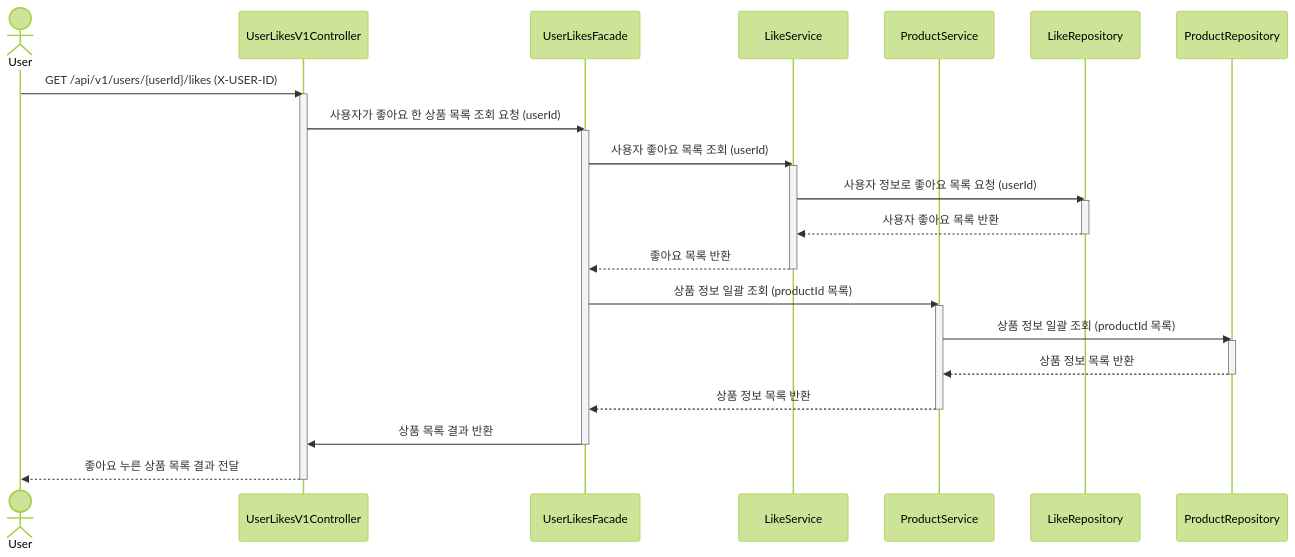
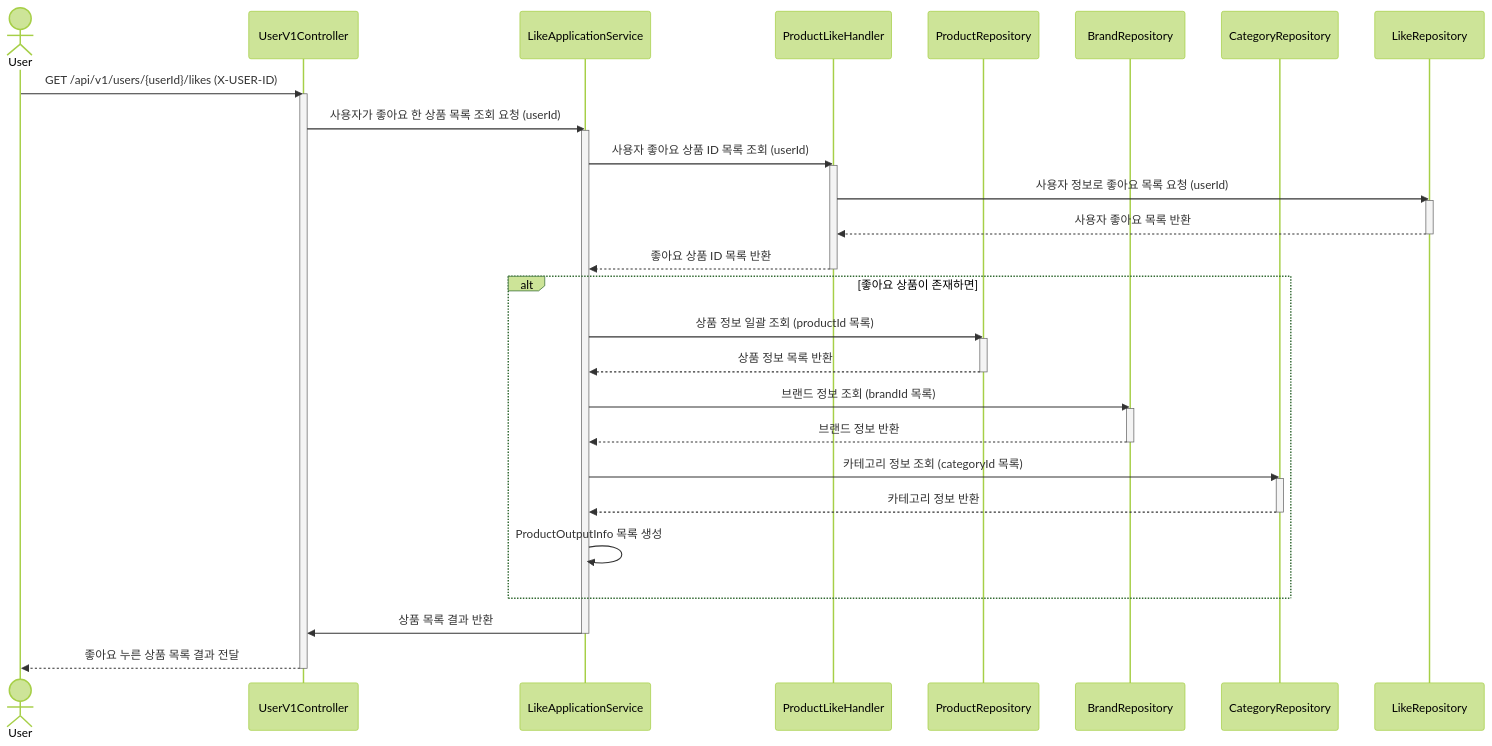
One commit to maiorem/e-commerce changed the second of 5 diagrams in docs/design/02-sequence-diagrams.md. Above: the diagram before and after it, drawn with Mermaid (forest theme). The commit also changed other lines of this file and 77 other files, not shown here.

````diff
--- a/docs/design/02-sequence-diagrams.md
+++ b/docs/design/02-sequence-diagrams.md
@@ -88,35 +67,48 @@
 ```mermaid
 sequenceDiagram
-    actor  User
-    participant UserLikesV1Controller
-    participant UserLikesFacade
-    participant LikeService
-    participant ProductService
+    actor User
+    participant UserV1Controller
+    participant LikeApplicationService
+    participant ProductLikeHandler
+    participant ProductRepository
+    participant BrandRepository
+    participant CategoryRepository
     participant LikeRepository
-    participant ProductRepository
 
-    User->>UserLikesV1Controller: GET /api/v1/users/{userId}/likes (X-USER-ID)
-    activate UserLikesV1Controller
-    UserLikesV1Controller->>UserLikesFacade: 사용자가 좋아요 한 상품 목록 조회 요청 (userId)
-    activate UserLikesFacade
-    UserLikesFacade->>LikeService: 사용자 좋아요 목록 조회 (userId)
-    activate LikeService
-    LikeService->>LikeRepository: 사용자 정보로 좋아요 목록 요청 (userId)
+    User->>UserV1Controller: GET /api/v1/users/{userId}/likes (X-USER-ID)
+    activate UserV1Controller
+    UserV1Controller->>LikeApplicationService: 사용자가 좋아요 한 상품 목록 조회 요청 (userId)
+    activate LikeApplicationService
+    LikeApplicationService->>ProductLikeHandler: 사용자 좋아요 상품 ID 목록 조회 (userId)
+    activate ProductLikeHandler
+    ProductLikeHandler->>LikeRepository: 사용자 정보로 좋아요 목록 요청 (userId)
     activate LikeRepository
-    LikeRepository-->>LikeService: 사용자 좋아요 목록 반환
+    LikeRepository-->>ProductLikeHandler: 사용자 좋아요 목록 반환
     deactivate LikeRepository
-    LikeService-->>UserLikesFacade: 좋아요 목록 반환
-    deactivate LikeService
-    UserLikesFacade->>ProductService: 상품 정보 일괄 조회 (productId 목록)
-    activate ProductService
-    ProductService->>ProductRepository: 상품 정보 일괄 조회 (productId 목록)
-    activate ProductRepository
-    ProductRepository-->>ProductService: 상품 정보 목록 반환
-    deactivate ProductRepository
-    ProductService-->>UserLikesFacade: 상품 정보 목록 반환
-    deactivate ProductService
-    UserLikesFacade->>UserLikesV1Controller: 상품 목록 결과 반환
-    deactivate UserLikesFacade
-    UserLikesV1Controller-->>User: 좋아요 누른 상품 목록 결과 전달
-    deactivate UserLikesV1Controller
+    ProductLikeHandler-->>LikeApplicationService: 좋아요 상품 ID 목록 반환
+    deactivate ProductLikeHandler
+    
+    alt 좋아요 상품이 존재하면
+        LikeApplicationService->>ProductRepository: 상품 정보 일괄 조회 (productId 목록)
+        activate ProductRepository
+        ProductRepository-->>LikeApplicationService: 상품 정보 목록 반환
+        deactivate ProductRepository
+        
+        LikeApplicationService->>BrandRepository: 브랜드 정보 조회 (brandId 목록)
+        activate BrandRepository
+        BrandRepository-->>LikeApplicationService: 브랜드 정보 반환
+        deactivate BrandRepository
+        
+        LikeApplicationService->>CategoryRepository: 카테고리 정보 조회 (categoryId 목록)
+        activate CategoryRepository
+        CategoryRepository-->>LikeApplicationService: 카테고리 정보 반환
+        deactivate CategoryRepository
+        
+        LikeApplicationService->>LikeApplicationService: ProductOutputInfo 목록 생성
+    end
+    
+    LikeApplicationService->>UserV1Controller: 상품 목록 결과 반환
+    deactivate LikeApplicationService
+    UserV1Controller-->>User: 좋아요 누른 상품 목록 결과 전달
+    deactivate UserV1Controller
 ```
````
